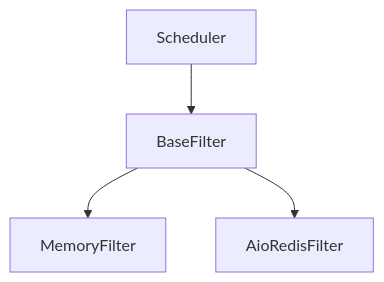
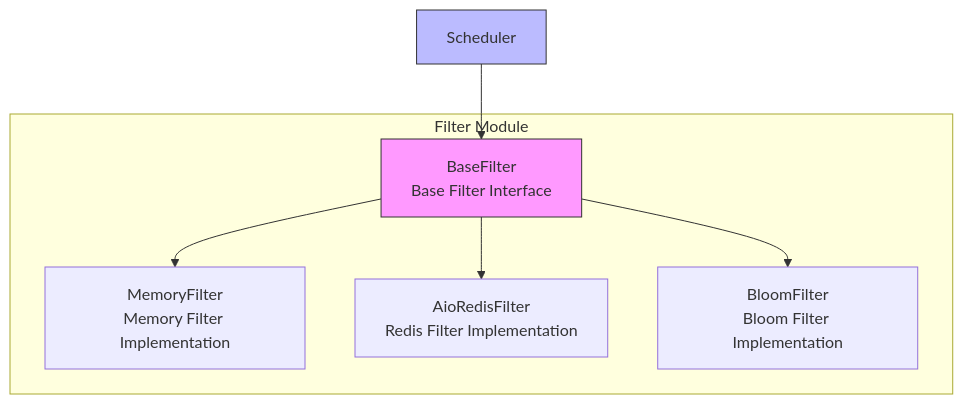
Before and after one commit to crawl-coder/Crawlo: the diagram in docs/modules/filter/index_en.md, drawn with Mermaid. The commit also changed other lines of this file and 98 other files, not shown here.

````diff
--- a/docs/modules/filter/index_en.md
+++ b/docs/modules/filter/index_en.md
@@ -16,6 +18,15 @@
 ```mermaid
-graph TD
-    A[BaseFilter] --> B[MemoryFilter]
-    A --> C[AioRedisFilter]
-    D[Scheduler] --> A
+graph TB
+subgraph "Filter Module"
+BaseFilter[BaseFilter<br/>Base Filter Interface]
+MemoryFilter[MemoryFilter<br/>Memory Filter Implementation]
+AioRedisFilter[AioRedisFilter<br/>Redis Filter Implementation]
+BloomFilter[BloomFilter<br/>Bloom Filter Implementation]
+end
+Scheduler[Scheduler] --> BaseFilter
+BaseFilter --> MemoryFilter
+BaseFilter --> AioRedisFilter
+BaseFilter --> BloomFilter
+style BaseFilter fill:#f9f,stroke:#333
+style Scheduler fill:#bbf,stroke:#333
 ```
````
